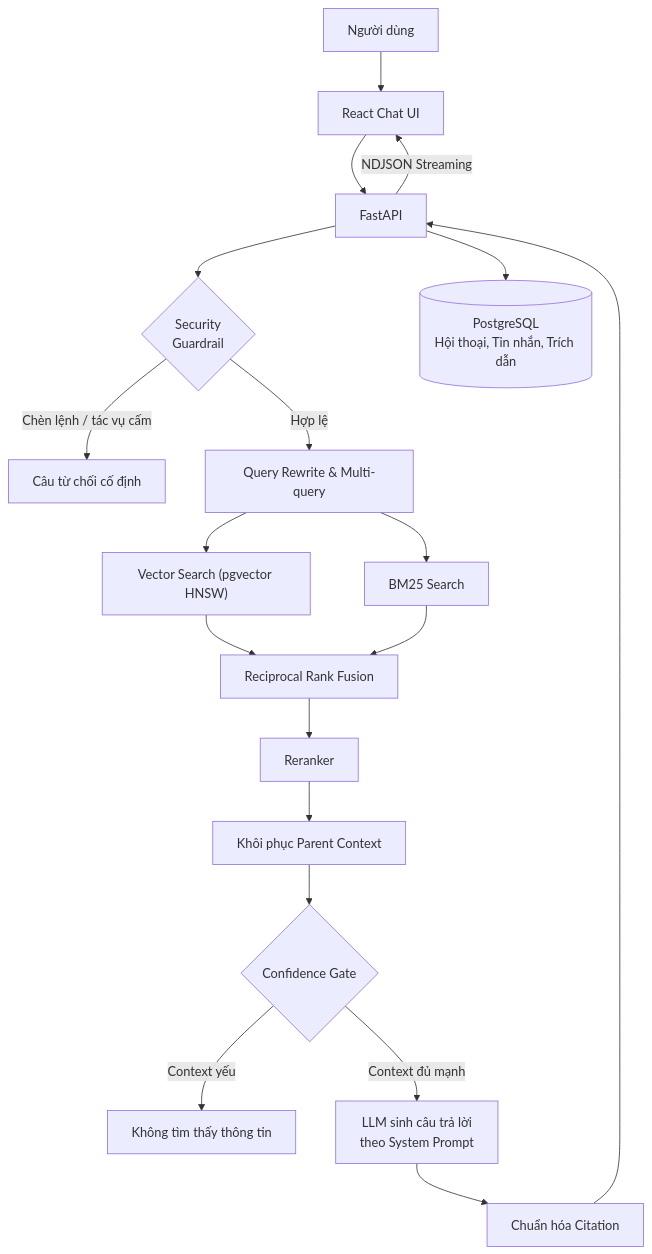
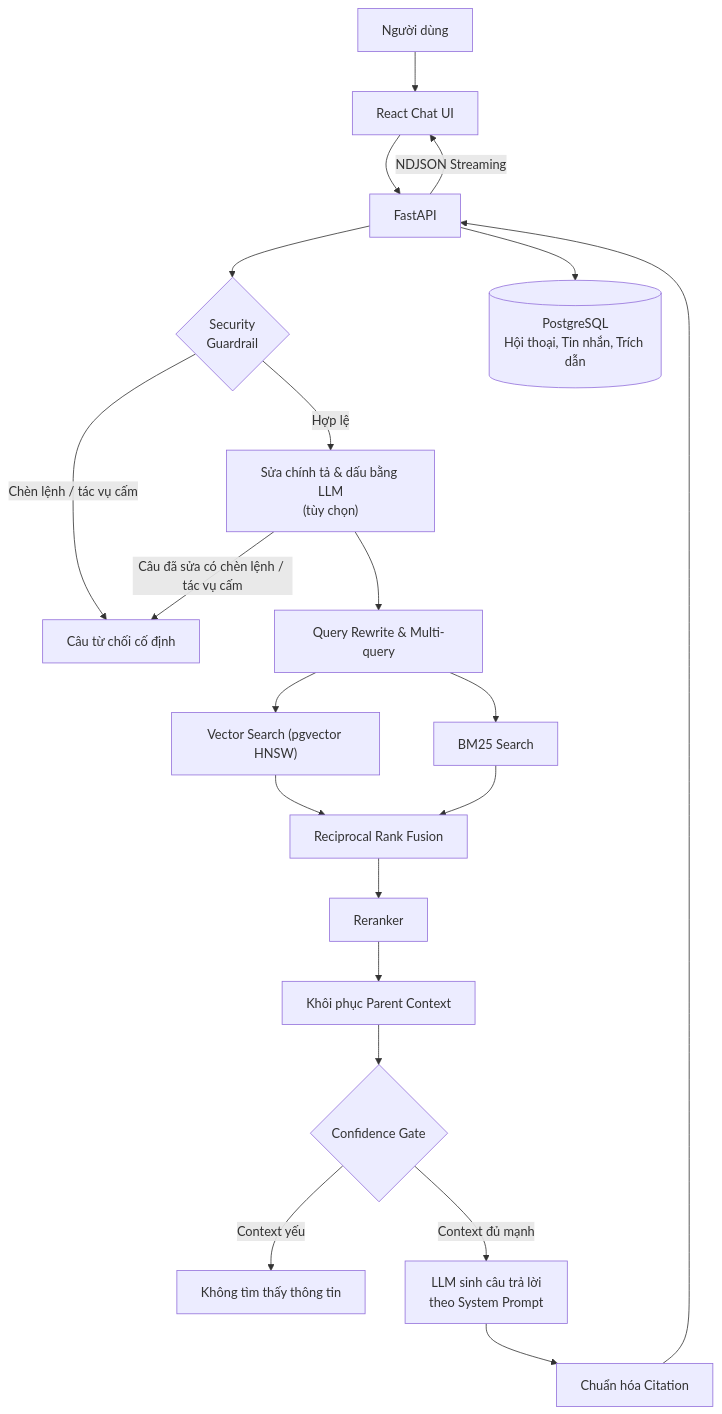
Before and after one commit to 8thMay03/PTIT-Chatbot: the second of 2 diagrams in README.md, drawn with Mermaid. The commit also changed other lines of this file and 11 other files, not shown here.

````diff
--- a/README.md
+++ b/README.md
@@ -59,25 +59,27 @@
 ```mermaid
 flowchart TD
     U["Người dùng"] --> UI["React Chat UI"]
     UI --> API["FastAPI"]
     API --> GR{"Security<br/>Guardrail"}
 
     GR -->|"Chèn lệnh / tác vụ cấm"| REFUSE["Câu từ chối cố định"]
-    GR -->|"Hợp lệ"| QR["Query Rewrite & Multi-query"]
+    GR -->|"Hợp lệ"| QC["Sửa chính tả & dấu bằng LLM<br/>(tùy chọn)"]
+    QC -->|"Câu đã sửa có chèn lệnh / tác vụ cấm"| REFUSE
+    QC --> QR["Query Rewrite & Multi-query"]
 
     QR --> VS["Vector Search (pgvector HNSW)"]
     QR --> BM["BM25 Search"]
     VS --> RRF["Reciprocal Rank Fusion"]
     BM --> RRF
     RRF --> RR["Reranker"]
     RR --> PC["Khôi phục Parent Context"]
     PC --> CF{"Confidence Gate"}
 
     CF -->|"Context yếu"| NOCTX["Không tìm thấy thông tin"]
     CF -->|"Context đủ mạnh"| LLM["LLM sinh câu trả lời<br/>theo System Prompt"]
     LLM --> CIT["Chuẩn hóa Citation"]
     CIT --> API
     API -->|"NDJSON Streaming"| UI
 
     API --> DB[("PostgreSQL<br/>Hội thoại, Tin nhắn, Trích dẫn")]
 ```
````
